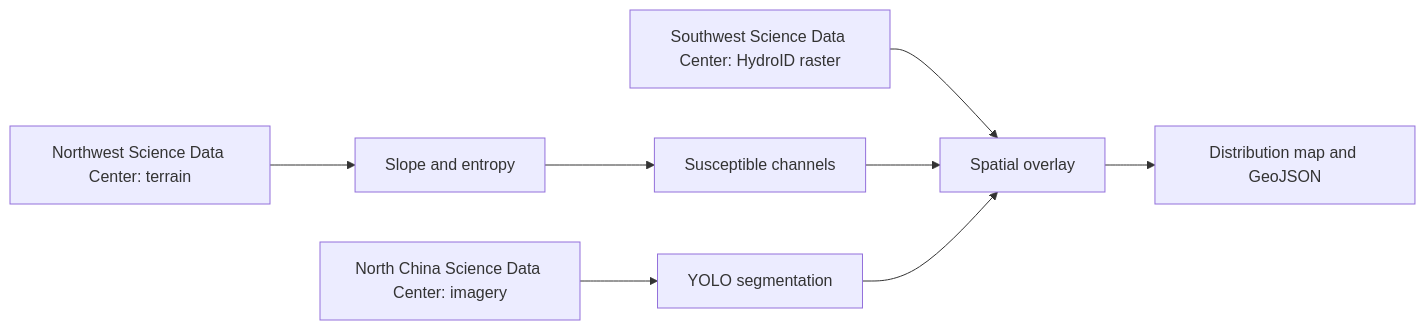
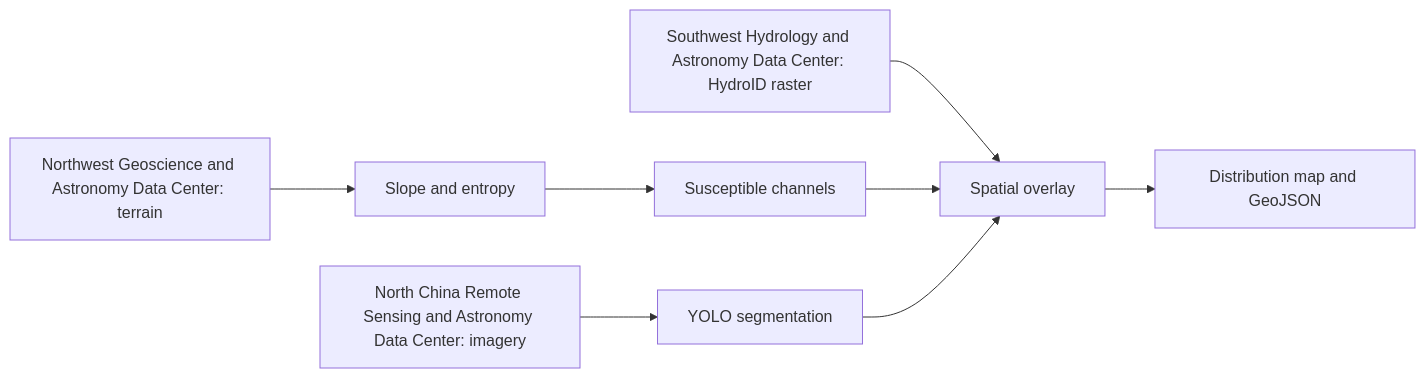
Before and after one commit to rdcn-link/conet: the first of 2 diagrams in docs/cases.md, drawn with Mermaid. The commit also changed other lines of this file and 9 other files, not shown here.

````diff
--- a/docs/cases.md
+++ b/docs/cases.md
@@ -15,10 +15,10 @@
 ```mermaid
 flowchart LR
-    A[Northwest Science Data Center: terrain] --> S[Slope and entropy]
+    A[Northwest Geoscience and Astronomy Data Center: terrain] --> S[Slope and entropy]
     S --> H[Susceptible channels]
-    B[North China Science Data Center: imagery] --> Y[YOLO segmentation]
-    C[Southwest Science Data Center: HydroID raster] --> O[Spatial overlay]
+    B[North China Remote Sensing and Astronomy Data Center: imagery] --> Y[YOLO segmentation]
+    C[Southwest Hydrology and Astronomy Data Center: HydroID raster] --> O[Spatial overlay]
     H --> O
     Y --> O
     O --> M[Distribution map and GeoJSON]
 ```
````
